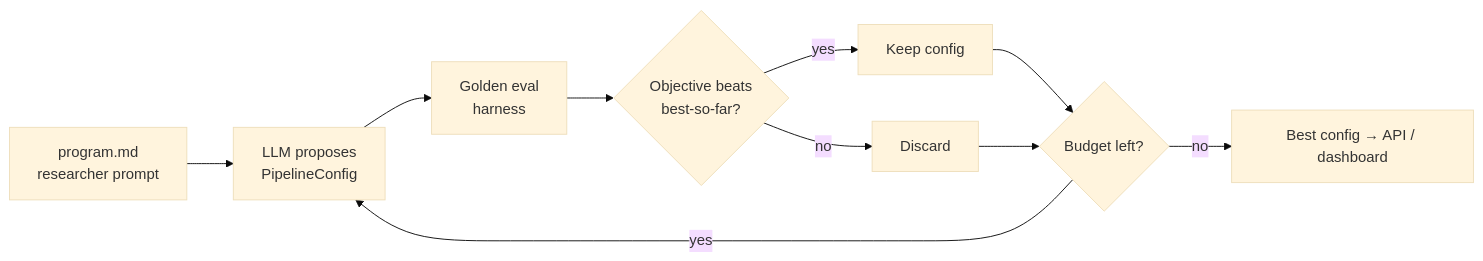
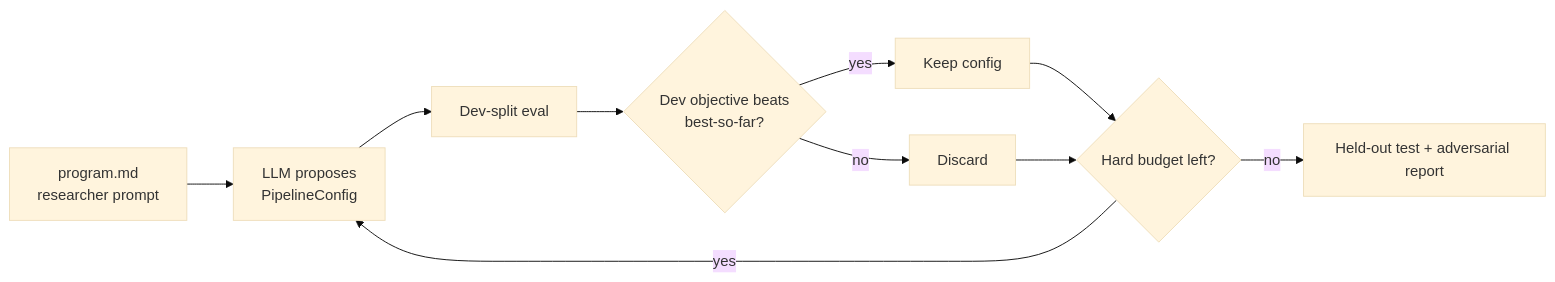
One commit to anirudh-mandahr/autorag changed the diagram in README.md. Above: the diagram before and after it, drawn with Mermaid (base theme). The commit also changed other lines of this file and 33 other files, not shown here.

First line of the commit message:
Harden the research loop with spend caps, held-out splits, and richer eval.

````diff
--- a/README.md
+++ b/README.md
@@ -21,12 +42,12 @@
 ```mermaid
 flowchart LR
   A[program.md<br/>researcher prompt] --> B[LLM proposes<br/>PipelineConfig]
-  B --> C[Golden eval<br/>harness]
-  C --> D{Objective beats<br/>best-so-far?}
+  B --> C[Dev-split eval]
+  C --> D{Dev objective beats<br/>best-so-far?}
   D -->|yes| E[Keep config]
   D -->|no| F[Discard]
-  E --> G{Budget left?}
+  E --> G{Hard budget left?}
   F --> G
   G -->|yes| B
-  G -->|no| H[Best config → API / dashboard]
+  G -->|no| H[Held-out test + adversarial report]
 ```
````
